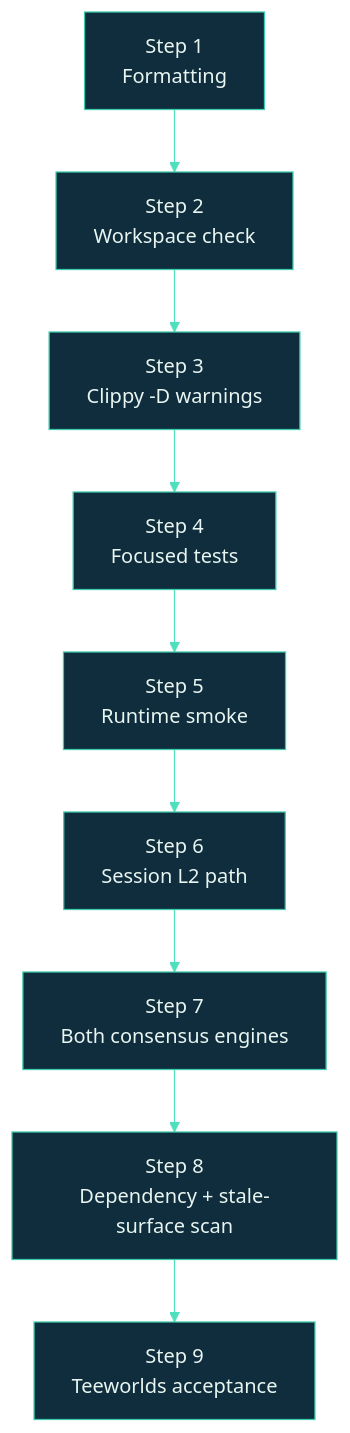
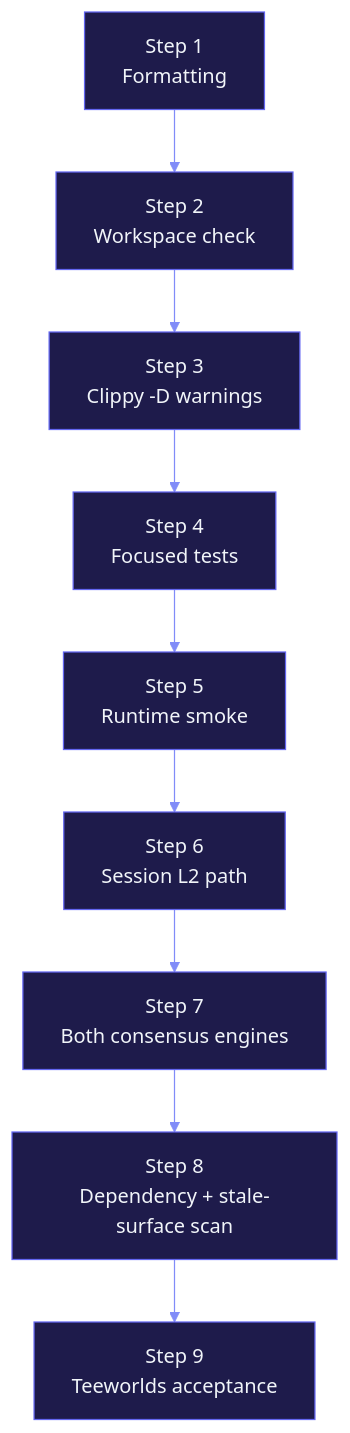
One commit to Myelin-Labs/Myelin changed the diagram in docs/operations/production-gate.md. Above: the diagram before and after it, drawn with Mermaid. The commit also changed 31 other files, not shown here.

````diff
--- a/docs/operations/production-gate.md
+++ b/docs/operations/production-gate.md
@@ -21,27 +21,27 @@
 ```mermaid
 %%{init: {
   "theme": "base",
   "themeVariables": {
-    "primaryColor": "#0F2D3D",
-    "primaryTextColor": "#E8F5F1",
-    "primaryBorderColor": "#3CCBAA",
-    "lineColor": "#4EE0BC",
-    "secondaryColor": "#143946",
-    "tertiaryColor": "#1A4253"
+    "primaryColor": "#1E1B4B",
+    "primaryTextColor": "#F1F5F9",
+    "primaryBorderColor": "#6366F1",
+    "lineColor": "#818CF8",
+    "secondaryColor": "#312E81",
+    "tertiaryColor": "#3730A3"
   }
 }}%%
 flowchart TB
     A["Step 1<br/>Formatting"]:::step
     B["Step 2<br/>Workspace check"]:::step
     C["Step 3<br/>Clippy -D warnings"]:::step
     D["Step 4<br/>Focused tests"]:::step
     E["Step 5<br/>Runtime smoke"]:::step
     F["Step 6<br/>Session L2 path"]:::step
     G["Step 7<br/>Both consensus engines"]:::step
     H["Step 8<br/>Dependency + stale-surface scan"]:::step
     I["Step 9<br/>Teeworlds acceptance"]:::step
 
     A --> B --> C --> D --> E --> F --> G --> H --> I
 
-    classDef step fill:#0F2D3D,stroke:#3CCBAA,color:#E8F5F1;
+    classDef step fill:#1E1B4B,stroke:#6366F1,color:#F1F5F9;
 ```
````
